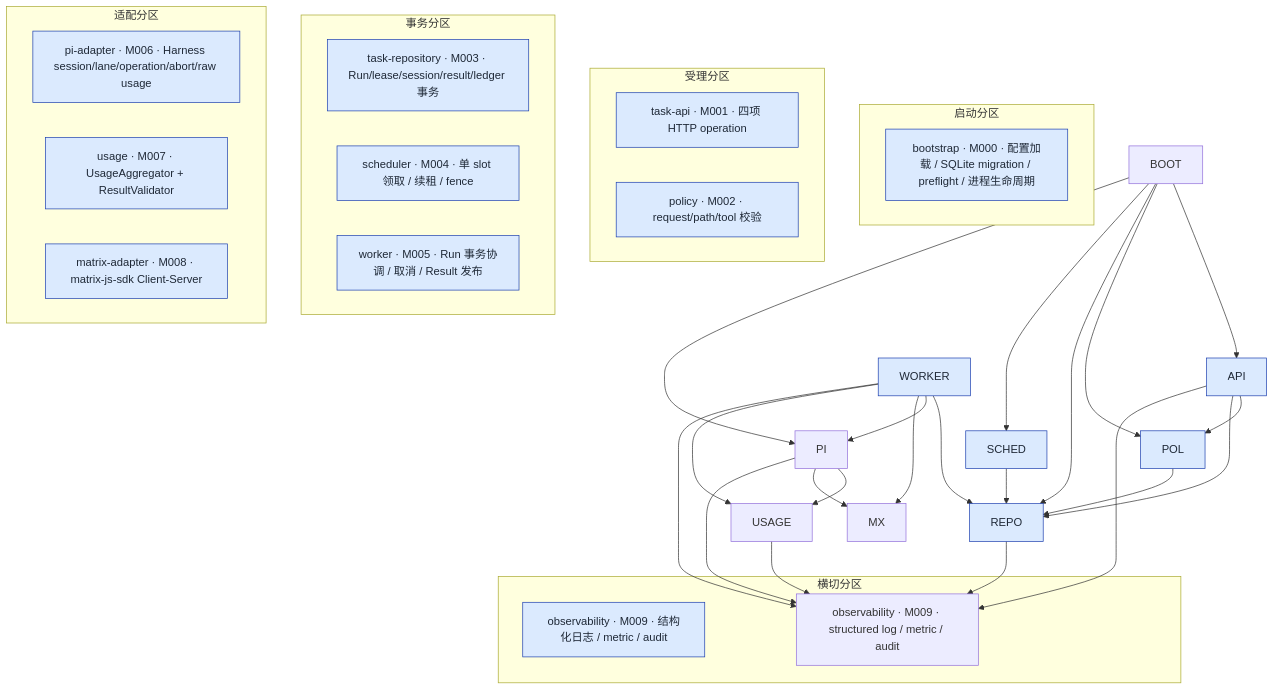
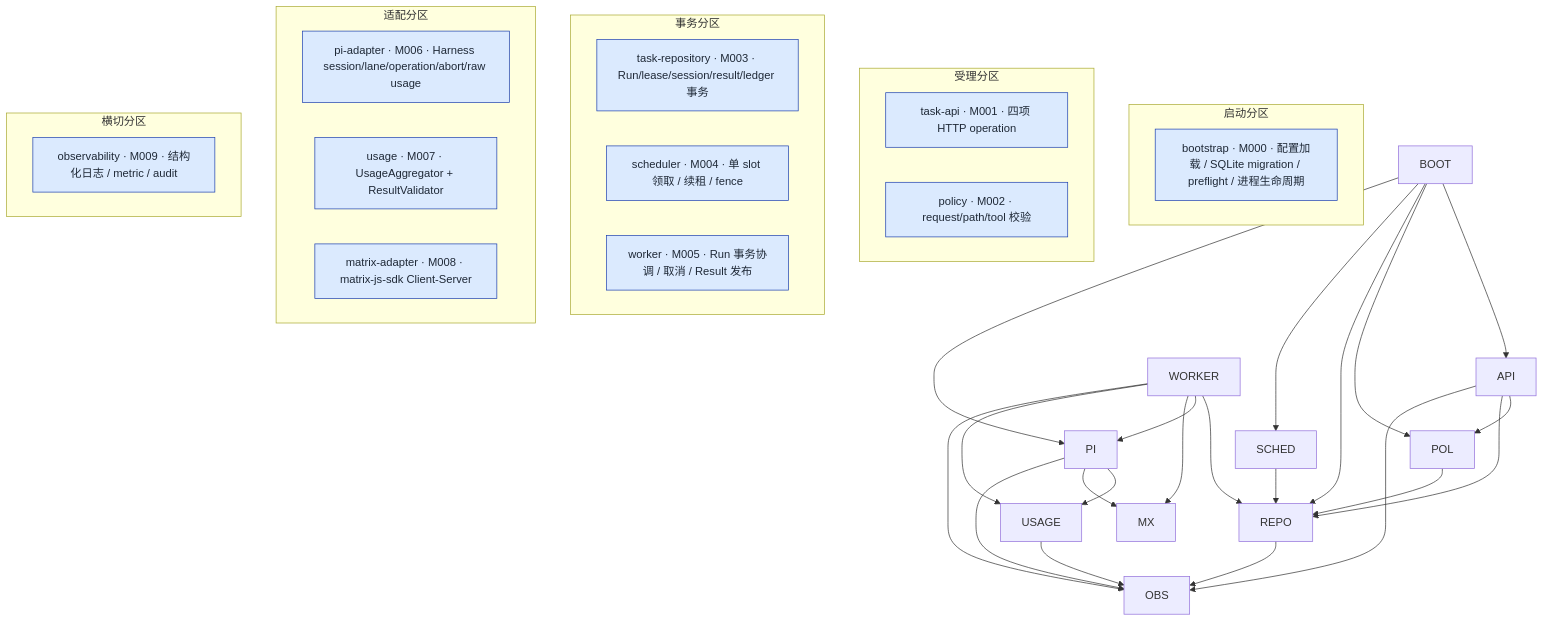
Before and after one commit to corezilla/piko: the third of 9 diagrams in docs/20_system_design/piko-system-design.md, drawn with Mermaid. The commit also changed other lines of this file, not shown here.

Commit message:
docs(std): fix mermaid syntax errors in two diagrams
Two mermaid parser errors uncovered by mmdc rendering:
1. SW-3 (architecture §3.1) had duplicate 'subgraph Obs' (one with
   Chinese label '横切分区', one with English label '观测'); mermaid
   parser produced NaN coordinates. Removed the duplicate + the
   stray 'OBS' node and unused 'subsystem' classDef.
2. SW-6 (P-BIZ sequence §7.2) used 'gen += 1' which mermaid parser
   rejects as ambiguous continuation. Changed to longer form
   'generation = generation + 1' to match the rest of the doc.

No semantic change. validate-design: new=0 inherited=24.

````diff
--- a/docs/20_system_design/piko-system-design.md
+++ b/docs/20_system_design/piko-system-design.md
@@ -129,58 +129,52 @@
 ```mermaid
 flowchart TD
   classDef module fill:#dbeafe,stroke:#1e40af,color:#1f2937
 
   subgraph Boot["启动分区"]
     M000["bootstrap · M000 · 配置加载 / SQLite migration / preflight / 进程生命周期"]:::module
   end
 
   subgraph Intake["受理分区"]
     M001["task-api · M001 · 四项 HTTP operation"]:::module
     M002["policy · M002 · request/path/tool 校验"]:::module
   end
 
   subgraph Store["事务分区"]
     M003["task-repository · M003 · Run/lease/session/result/ledger 事务"]:::module
     M004["scheduler · M004 · 单 slot 领取 / 续租 / fence"]:::module
     M005["worker · M005 · Run 事务协调 / 取消 / Result 发布"]:::module
   end
 
   subgraph Adapt["适配分区"]
     M006["pi-adapter · M006 · Harness session/lane/operation/abort/raw usage"]:::module
     M007["usage · M007 · UsageAggregator + ResultValidator"]:::module
     M008["matrix-adapter · M008 · matrix-js-sdk Client-Server"]:::module
   end
 
   subgraph Obs["横切分区"]
     M009["observability · M009 · 结构化日志 / metric / audit"]:::module
   end
 
-  subgraph Obs["观测"]
-    OBS["observability · M009 · structured log / metric / audit"]
-  end
-
   BOOT --> API
   BOOT --> POL
   BOOT --> REPO
   BOOT --> SCHED
   BOOT --> PI
   API --> POL
   API --> REPO
   POL --> REPO
   SCHED --> REPO
   WORKER --> REPO
   WORKER --> PI
   WORKER --> MX
   WORKER --> USAGE
   PI --> USAGE
   PI --> MX
   PI --> OBS
   REPO --> OBS
   API --> OBS
   USAGE --> OBS
   WORKER --> OBS
 
-  class API,POL,REPO,SCHED,WORKER module
-  class PI,USAGE,MX adapter
-  class BOOT,OBS subsystem
+  class M000,M001,M002,M003,M004,M005,M006,M007,M008,M009 module
 ```
````
